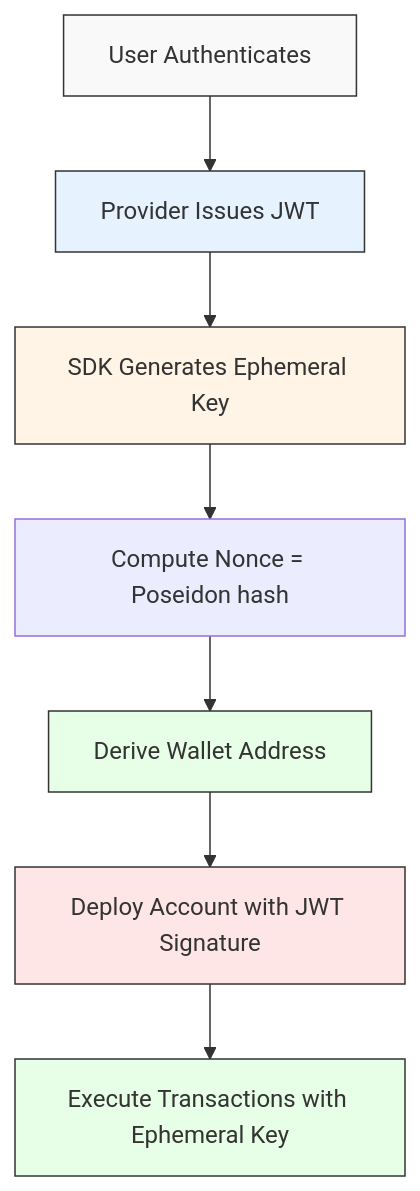
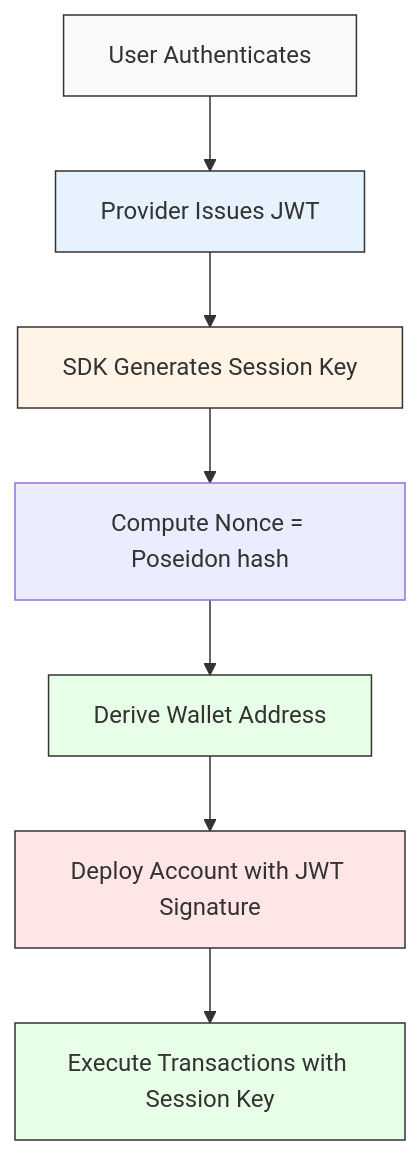
Before and after one commit to cavos-labs/docs: the diagram in concepts.mdx, drawn with Mermaid. The commit also changed other lines of this file and 9 other files, not shown here.

````diff
--- a/concepts.mdx
+++ b/concepts.mdx
@@ -12,16 +12,16 @@
 ```mermaid
 flowchart TD
     A[User Authenticates] --> B[Provider Issues JWT]
-    B --> C[SDK Generates Ephemeral Key]
+    B --> C[SDK Generates Session Key]
     C --> D[Compute Nonce = Poseidon hash]
     D --> E[Derive Wallet Address]
     E --> F[Deploy Account with JWT Signature]
-    F --> G[Execute Transactions with Ephemeral Key]
+    F --> G[Execute Transactions with Session Key]
 
     style A fill:#f9f9f9,stroke:#333
     style B fill:#e6f3ff,stroke:#333
     style C fill:#fff4e6,stroke:#333
     style E fill:#e6ffe6,stroke:#333
     style F fill:#ffe6e6,stroke:#333
     style G fill:#e6ffe6,stroke:#333
 ```
````
